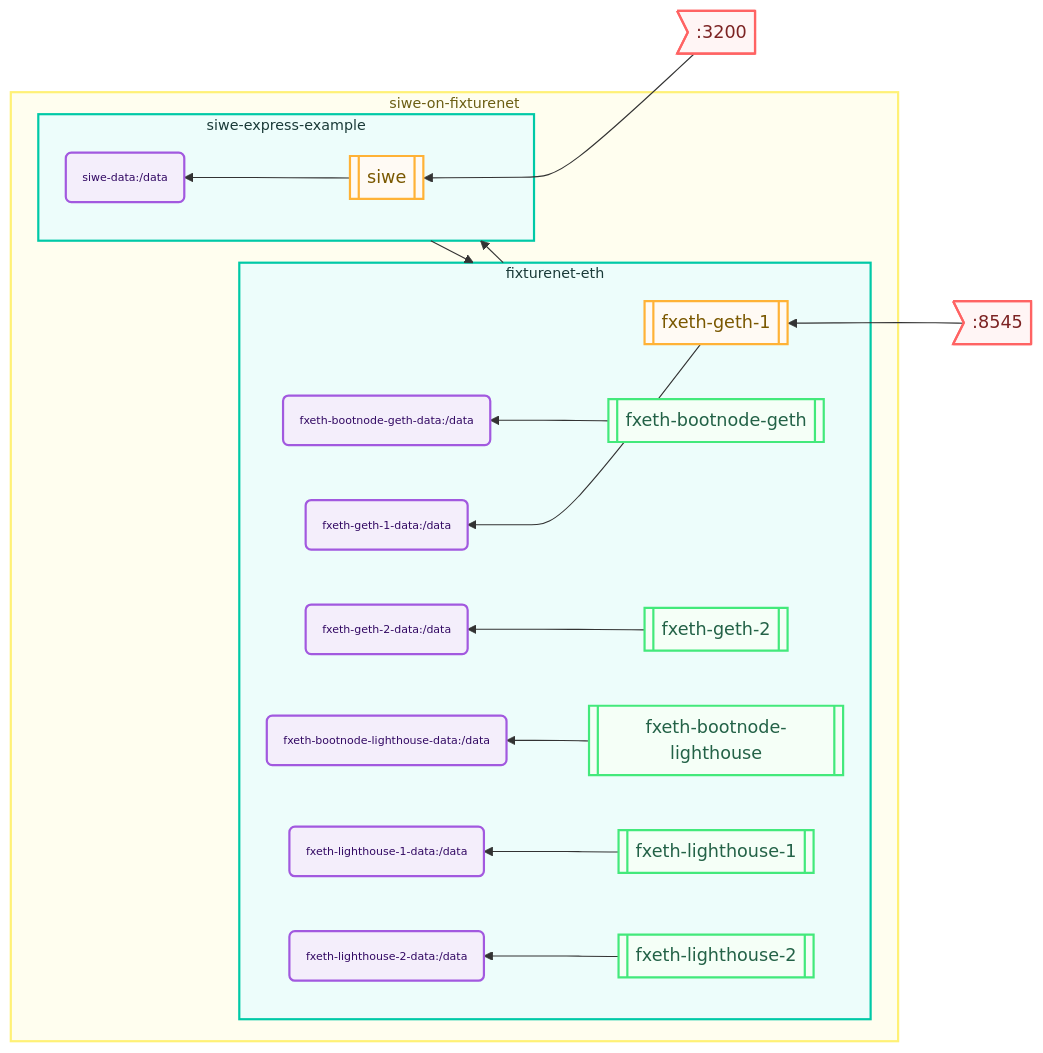
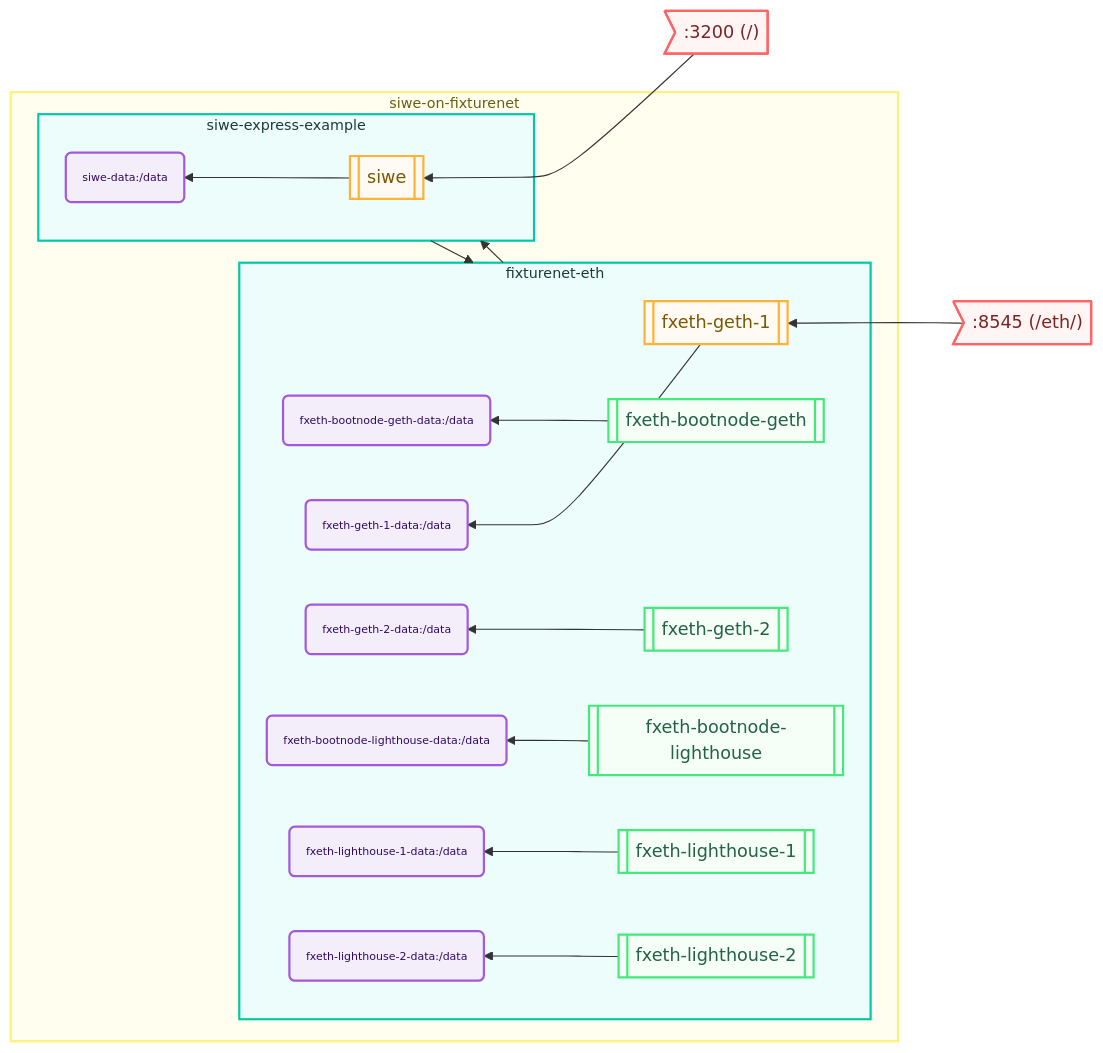
Before and after one commit to bozemanpass/siwe-express-example: the diagram in README.md, drawn with Mermaid.

Commit message:
Updated content

````diff
--- a/README.md
+++ b/README.md
@@ -36,46 +36,46 @@
 ```mermaid
 flowchart RL
-  fixturenet-eth-fxeth-geth-1-http>:8545]:::http_target
-  siwe-express-example-siwe-http>:3200]:::http_target
+  fixturenet-eth-fxeth-geth-1-http>":8545 (/eth/)"]:::http_target
+  siwe-express-example-siwe-http>":3200 (/)"]:::http_target
   fixturenet-eth-fxeth-geth-1-http --> fixturenet-eth-fxeth-geth-1
   siwe-express-example-siwe-http --> siwe-express-example-siwe
   fixturenet-eth --> siwe-express-example
   siwe-express-example --> fixturenet-eth
   subgraph siwe-on-fixturenet [siwe-on-fixturenet]
     subgraph fixturenet-eth [fixturenet-eth]
       fixturenet-eth-fxeth-bootnode-geth[[fxeth-bootnode-geth]]:::service
       fixturenet-eth-fxeth-bootnode-geth-volume-fxeth-bootnode-geth-data:/data(fxeth-bootnode-geth-data:/data):::volume
       fixturenet-eth-fxeth-geth-1[[fxeth-geth-1]]:::http_service
       fixturenet-eth-fxeth-geth-1-volume-fxeth-geth-1-data:/data(fxeth-geth-1-data:/data):::volume
       fixturenet-eth-fxeth-geth-2[[fxeth-geth-2]]:::service
       fixturenet-eth-fxeth-geth-2-volume-fxeth-geth-2-data:/data(fxeth-geth-2-data:/data):::volume
       fixturenet-eth-fxeth-bootnode-lighthouse[[fxeth-bootnode-lighthouse]]:::service
       fixturenet-eth-fxeth-bootnode-lighthouse-volume-fxeth-bootnode-lighthouse-data:/data(fxeth-bootnode-lighthouse-data:/data):::volume
       fixturenet-eth-fxeth-lighthouse-1[[fxeth-lighthouse-1]]:::service
       fixturenet-eth-fxeth-lighthouse-1-volume-fxeth-lighthouse-1-data:/data(fxeth-lighthouse-1-data:/data):::volume
       fixturenet-eth-fxeth-lighthouse-2[[fxeth-lighthouse-2]]:::service
       fixturenet-eth-fxeth-lighthouse-2-volume-fxeth-lighthouse-2-data:/data(fxeth-lighthouse-2-data:/data):::volume
       fixturenet-eth-fxeth-bootnode-geth --> fixturenet-eth-fxeth-bootnode-geth-volume-fxeth-bootnode-geth-data:/data
       fixturenet-eth-fxeth-geth-1 --> fixturenet-eth-fxeth-geth-1-volume-fxeth-geth-1-data:/data
       fixturenet-eth-fxeth-geth-2 --> fixturenet-eth-fxeth-geth-2-volume-fxeth-geth-2-data:/data
       fixturenet-eth-fxeth-bootnode-lighthouse --> fixturenet-eth-fxeth-bootnode-lighthouse-volume-fxeth-bootnode-lighthouse-data:/data
       fixturenet-eth-fxeth-lighthouse-1 --> fixturenet-eth-fxeth-lighthouse-1-volume-fxeth-lighthouse-1-data:/data
       fixturenet-eth-fxeth-lighthouse-2 --> fixturenet-eth-fxeth-lighthouse-2-volume-fxeth-lighthouse-2-data:/data
     end
     subgraph siwe-express-example [siwe-express-example]
       siwe-express-example-siwe[[siwe]]:::http_service
       siwe-express-example-siwe-volume-siwe-data:/data(siwe-data:/data):::volume
       siwe-express-example-siwe --> siwe-express-example-siwe-volume-siwe-data:/data
     end
   end
   classDef super_stack stroke:#FFF176,fill:#FFFEEF,color:#6B5E13,stroke-width:2px,font-size:small;
   classDef stack stroke:#00C9A7,fill:#EDFDFB,color:#1A3A38,stroke-width:2px,font-size:small;
   classDef service stroke:#43E97B,fill:#F5FFF7,color:#236247,stroke-width:2px;
   classDef http_service stroke:#FFB236,fill:#FFFAF4,color:#7A5800,stroke-width:2px;
   classDef http_target stroke:#FF6363,fill:#FFF5F5,color:#7C2323,stroke-width:2px;
   classDef port stroke:#26C6DA,fill:#E6FAFB,color:#074953,stroke-width:2px,font-size:x-small;
   classDef volume stroke:#A259DF,fill:#F4EEFB,color:#320963,stroke-width:2px,font-size:x-small;
   class siwe-on-fixturenet super_stack;
   class fixturenet-eth stack;
   class siwe-express-example stack;
 ```
````
